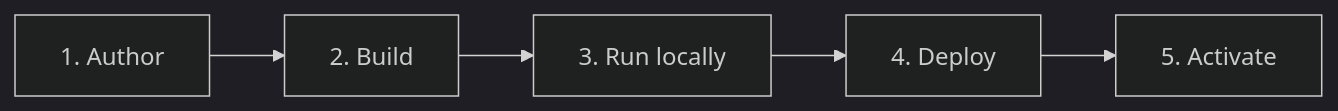
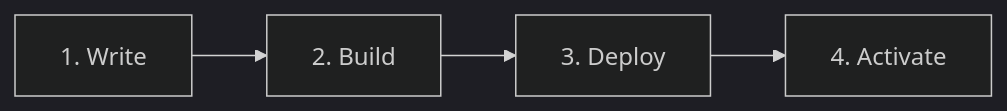
One commit to aomi-labs/docs changed the diagram in build/index.mdx. Above: the diagram before and after it, drawn with Mermaid (dark theme). The commit also changed other lines of this file and 2 other files, not shown here.

First line of the commit message:
Simplify Build section: rename overview to Overview, trim to what works

````diff
--- a/build/index.mdx
+++ b/build/index.mdx
@@ -21,4 +21,4 @@
 ```mermaid
 graph LR
-    A[1. Author] --> B[2. Build] --> C[3. Run locally] --> D[4. Deploy] --> E[5. Activate]
+    A[1. Write] --> B[2. Build] --> C[3. Deploy] --> D[4. Activate]
 ```
````
